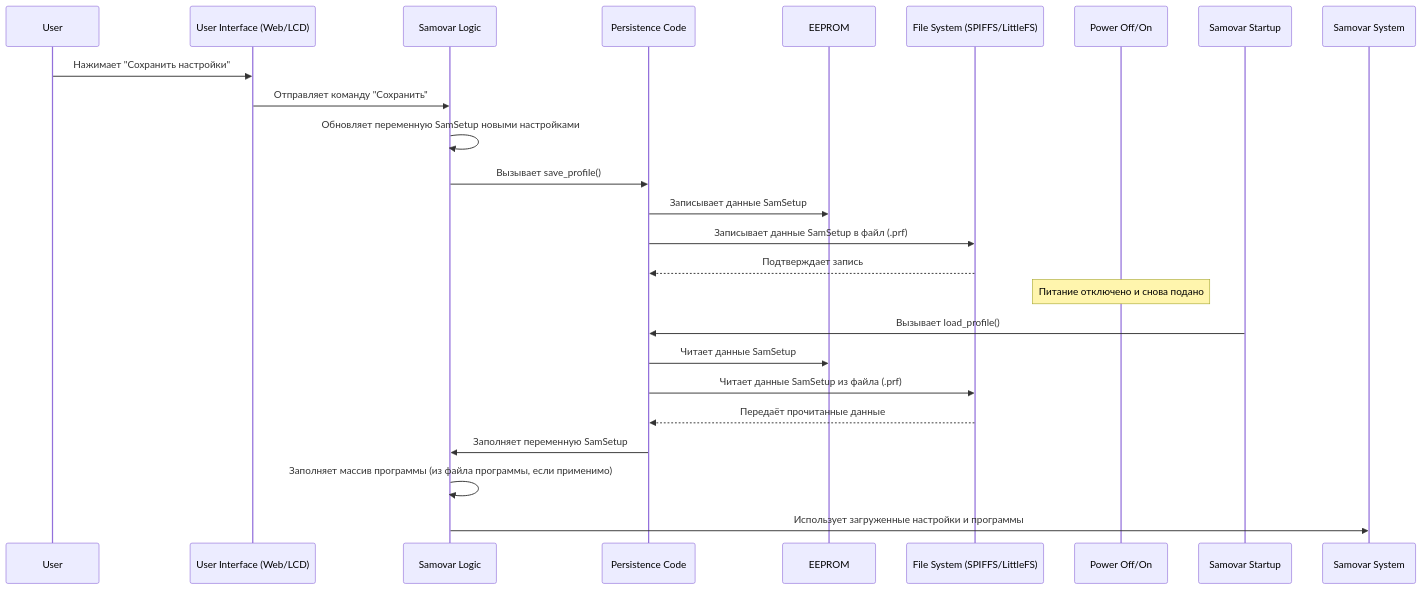
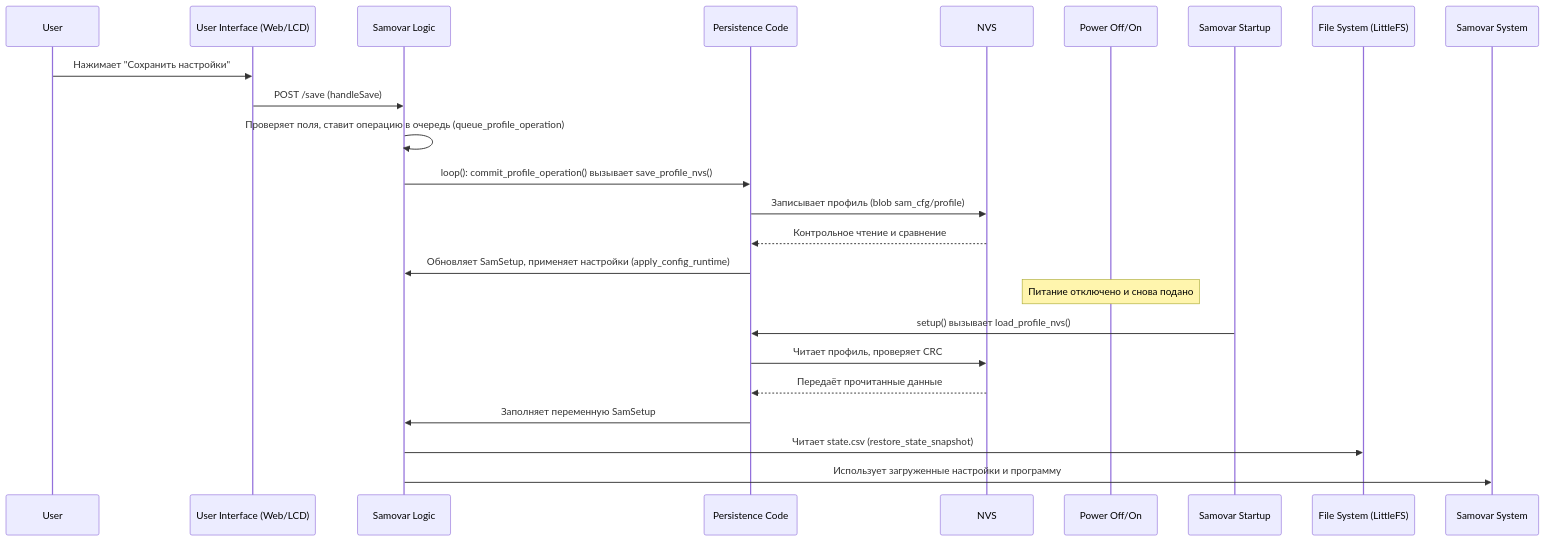
The diagram in doc/07_configuration_persistence_.md (LKosoj/Samovar), drawn with Mermaid before and after one commit. The commit also changed other lines of this file and 35 other files, not shown here.

First line of the commit message:
Уточнение документации, схемы UI и тестов интерфейса

````diff
--- a/doc/07_configuration_persistence_.md
+++ b/doc/07_configuration_persistence_.md
@@ -85,20 +82,19 @@
 ```mermaid
 sequenceDiagram
     User->>User Interface (Web/LCD): Нажимает "Сохранить настройки"
-    User Interface (Web/LCD)->>Samovar Logic: Отправляет команду "Сохранить"
-    Samovar Logic->>Samovar Logic: Обновляет переменную SamSetup новыми настройками
-    Samovar Logic->>Persistence Code: Вызывает save_profile()
-    Persistence Code->>EEPROM: Записывает данные SamSetup
-    Persistence Code->>File System (SPIFFS/LittleFS): Записывает данные SamSetup в файл (.prf)
-    File System (SPIFFS/LittleFS)-->>Persistence Code: Подтверждает запись
+    User Interface (Web/LCD)->>Samovar Logic: POST /save (handleSave)
+    Samovar Logic->>Samovar Logic: Проверяет поля, ставит операцию в очередь (queue_profile_operation)
+    Samovar Logic->>Persistence Code: loop(): commit_profile_operation() вызывает save_profile_nvs()
+    Persistence Code->>NVS: Записывает профиль (blob sam_cfg/profile)
+    NVS-->>Persistence Code: Контрольное чтение и сравнение
+    Persistence Code->>Samovar Logic: Обновляет SamSetup, применяет настройки (apply_config_runtime)
 
     Note over Power Off/On: Питание отключено и снова подано
 
-    Samovar Startup->>Persistence Code: Вызывает load_profile()
-    Persistence Code->>EEPROM: Читает данные SamSetup
-    Persistence Code->>File System (SPIFFS/LittleFS): Читает данные SamSetup из файла (.prf)
-    File System (SPIFFS/LittleFS)-->>Persistence Code: Передаёт прочитанные данные
+    Samovar Startup->>Persistence Code: setup() вызывает load_profile_nvs()
+    Persistence Code->>NVS: Читает профиль, проверяет CRC
+    NVS-->>Persistence Code: Передаёт прочитанные данные
     Persistence Code->>Samovar Logic: Заполняет переменную SamSetup
-    Samovar Logic->>Samovar Logic: Заполняет массив программы (из файла программы, если применимо)
-    Samovar Logic->>Samovar System: Использует загруженные настройки и программы
+    Samovar Logic->>File System (LittleFS): Читает state.csv (restore_state_snapshot)
+    Samovar Logic->>Samovar System: Использует загруженные настройки и программу
 ```
````
